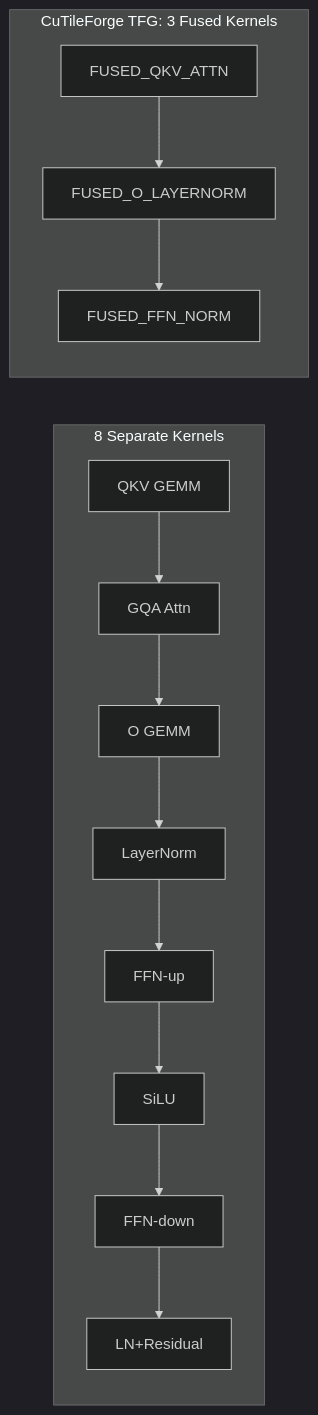
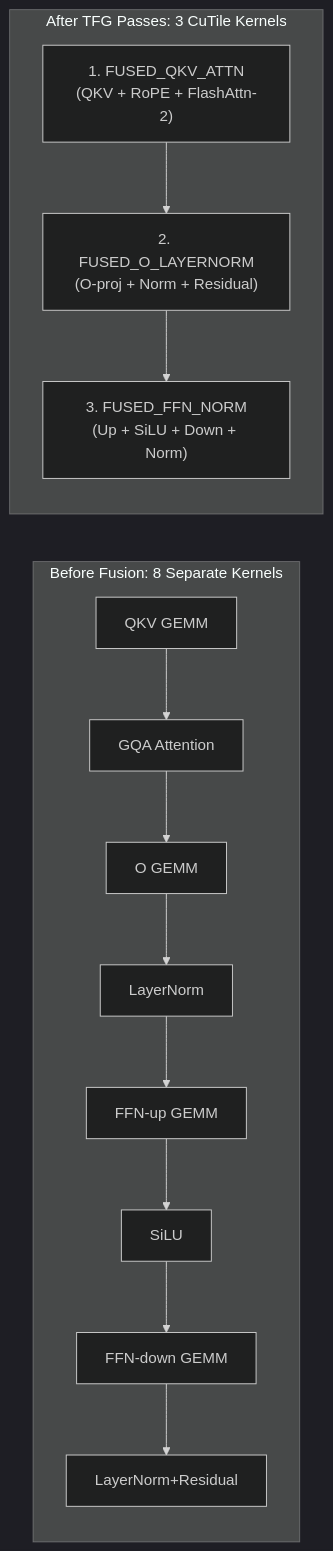
Before and after one commit to samudragupto/cutile-forge: the diagram in README.md, drawn with Mermaid (dark theme). The commit also changed other lines of this file and 10 other files, not shown here.

Commit message:
docs: senior-level README with benchmark charts/screenshots and separate GPU CI workflow

````diff
--- a/README.md
+++ b/README.md
@@ -12,9 +25,11 @@
 ```mermaid
 graph LR
-    subgraph Unfused[8 Separate Kernels]
-        U1[QKV GEMM] --> U2[GQA Attn] --> U3[O GEMM] --> U4[LayerNorm] --> U5[FFN-up] --> U6[SiLU] --> U7[FFN-down] --> U8[LN+Residual]
+    subgraph Unfused["Before Fusion: 8 Separate Kernels"]
+        direction TB
+        U1[QKV GEMM] --> U2[GQA Attention] --> U3[O GEMM] --> U4[LayerNorm] --> U5[FFN-up GEMM] --> U6[SiLU] --> U7[FFN-down GEMM] --> U8[LayerNorm+Residual]
     end
-    subgraph TFG[CuTileForge TFG: 3 Fused Kernels]
-        T1[FUSED_QKV_ATTN] --> T2[FUSED_O_LAYERNORM] --> T3[FUSED_FFN_NORM]
+    subgraph Fused["After TFG Passes: 3 CuTile Kernels"]
+        direction TB
+        T1["1. FUSED_QKV_ATTN<br/>(QKV + RoPE + FlashAttn-2)"] --> T2["2. FUSED_O_LAYERNORM<br/>(O-proj + Norm + Residual)"] --> T3["3. FUSED_FFN_NORM<br/>(Up + SiLU + Down + Norm)"]
     end
 ```
````
